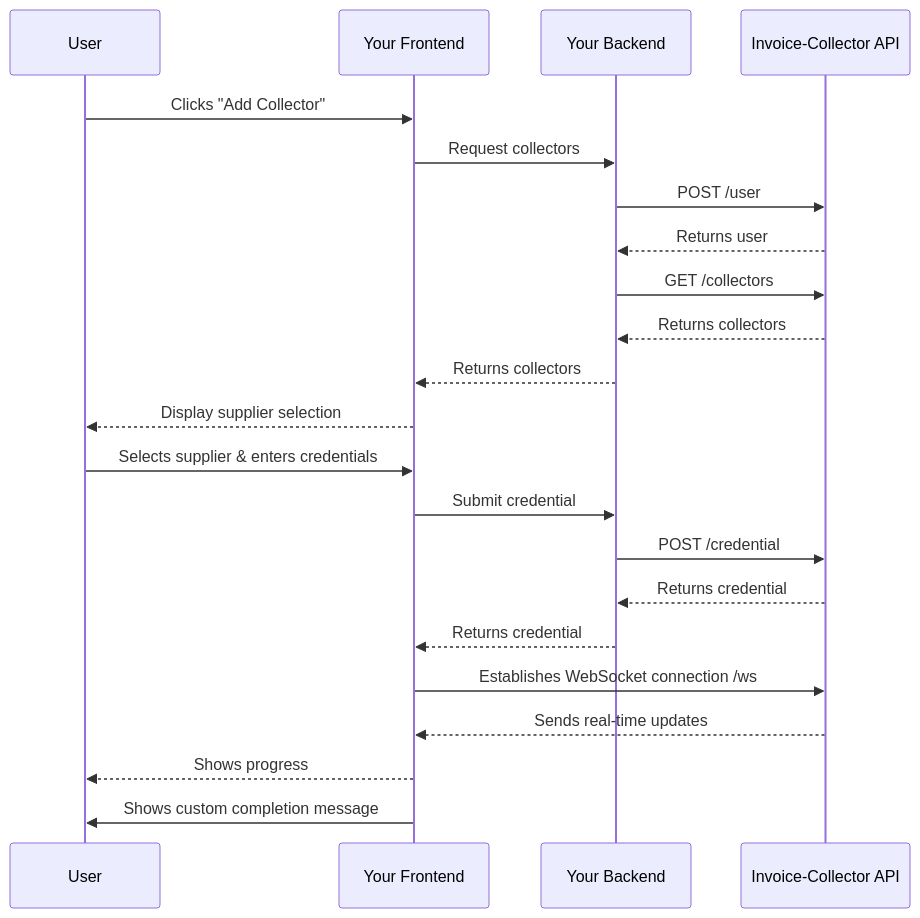
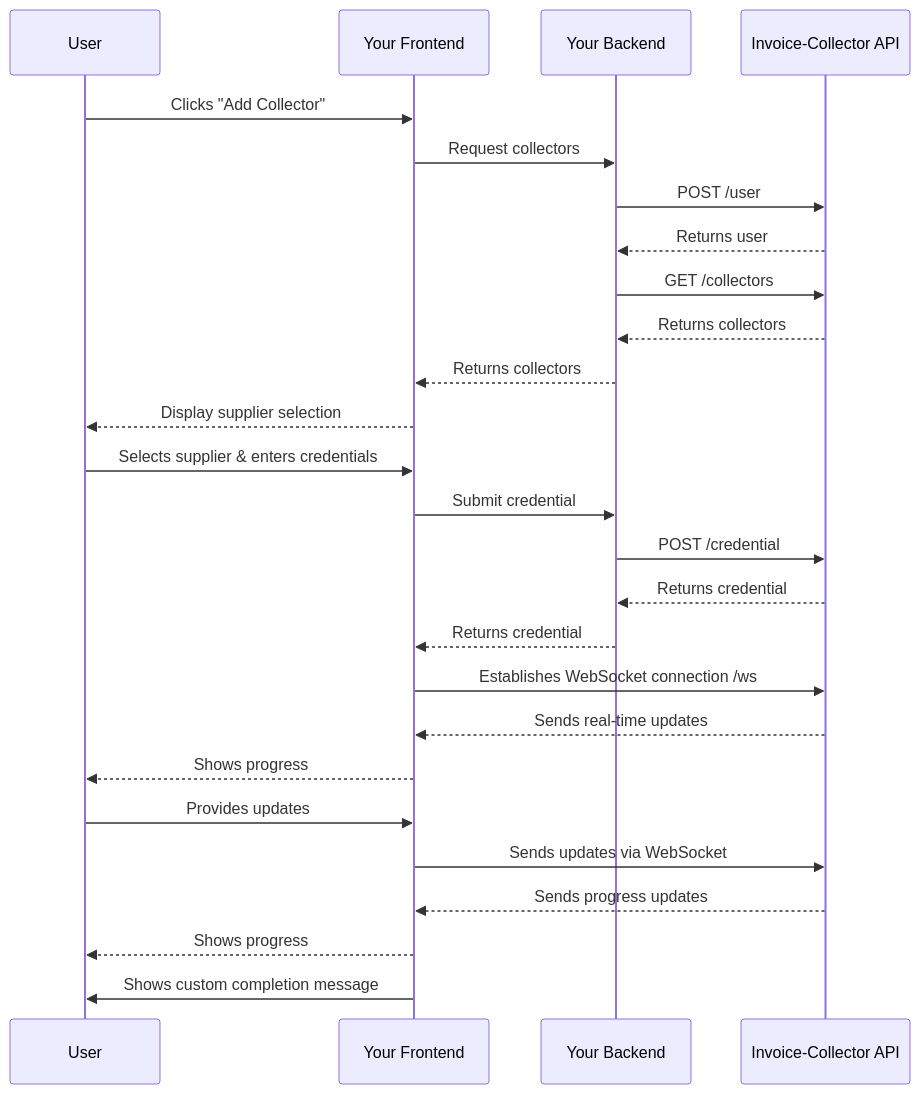
One commit to invoice-collector/website changed the second of 2 diagrams in docs/getting-started/frontend-integration/add-credential.mdx. Above: the diagram before and after it, drawn with Mermaid. The commit also changed other lines of this file and 3 other files, not shown here.

````diff
--- a/docs/getting-started/frontend-integration/add-credential.mdx
+++ b/docs/getting-started/frontend-integration/add-credential.mdx
@@ -158,25 +156,29 @@
 ```mermaid
 sequenceDiagram
     participant User
     participant Frontend as Your Frontend
     participant Backend as Your Backend
     participant API as Invoice-Collector API
     
     User->>Frontend: Clicks "Add Collector"
     Frontend->>Backend: Request collectors
     Backend->>API: POST /user
     API-->>Backend: Returns user
     Backend->>API: GET /collectors
     API-->>Backend: Returns collectors
     Backend-->>Frontend: Returns collectors
     Frontend-->>User: Display supplier selection
     User->>Frontend: Selects supplier & enters credentials
     Frontend->>Backend: Submit credential
     Backend->>API: POST /credential
     API-->>Backend: Returns credential
     Backend-->>Frontend: Returns credential
     Frontend->>API: Establishes WebSocket connection /ws
     API-->>Frontend: Sends real-time updates
     Frontend-->>User: Shows progress
+    User->>Frontend: Provides updates
+    Frontend->>API: Sends updates via WebSocket
+    API-->>Frontend: Sends progress updates
+    Frontend-->>User: Shows progress
     Frontend->>User: Shows custom completion message
 ```
````
